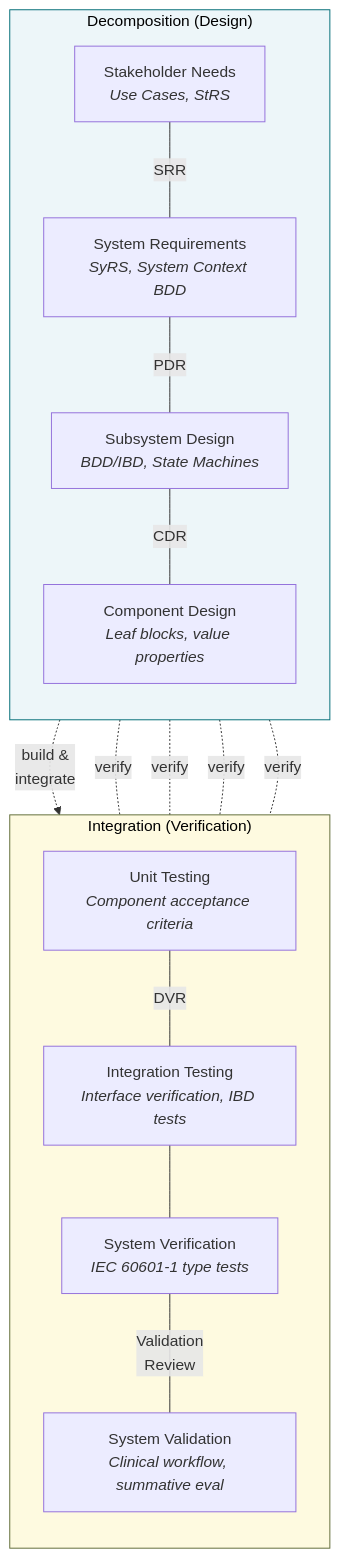
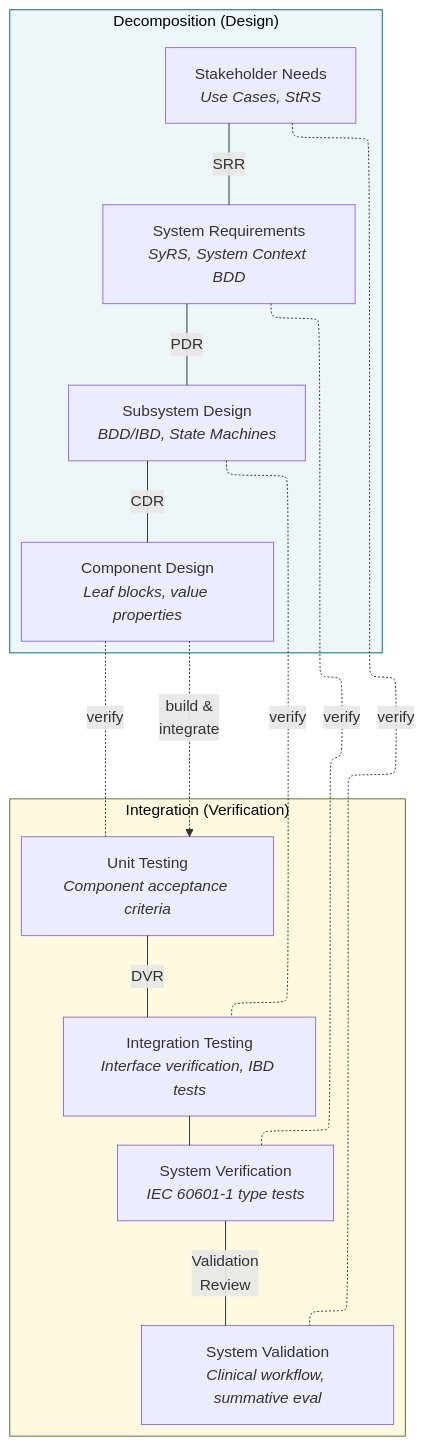
Before and after one commit to llaallii/cuddly-barnacle: the ninth of 12 diagrams in 00 master outline mbse framework.md, drawn with Mermaid. The commit also changed other lines of this file, not shown here.

First line of the commit message:
Refactor mermaid diagrams for clarity and layout

````diff
--- a/00 master outline mbse framework.md
+++ b/00 master outline mbse framework.md
@@ -561,34 +557,35 @@
 ```mermaid
-graph TD
-    subgraph LEFT["Decomposition (Design)"]
-        direction TB
-        L1["Stakeholder Needs<br/><i>Use Cases, StRS</i>"]
-        L2["System Requirements<br/><i>SyRS, System Context BDD</i>"]
-        L3["Subsystem Design<br/><i>BDD/IBD, State Machines</i>"]
-        L4["Component Design<br/><i>Leaf blocks, value properties</i>"]
-    end
-
-    subgraph RIGHT["Integration (Verification)"]
-        direction TB
-        R1["System Validation<br/><i>Clinical workflow, summative eval</i>"]
-        R2["System Verification<br/><i>IEC 60601-1 type tests</i>"]
-        R3["Integration Testing<br/><i>Interface verification, IBD tests</i>"]
-        R4["Unit Testing<br/><i>Component acceptance criteria</i>"]
-    end
-
-    L1 ---|"SRR"| L2
-    L2 ---|"PDR"| L3
-    L3 ---|"CDR"| L4
-    L4 -.->|"build &<br/>integrate"| R4
-    R4 ---|"DVR"| R3
+---
+config:
+  layout: elk
+---
+flowchart TB
+ subgraph LEFT["Decomposition (Design)"]
+    direction TB
+        L1["Stakeholder Needs<br><i>Use Cases, StRS</i>"]
+        L2["System Requirements<br><i>SyRS, System Context BDD</i>"]
+        L3["Subsystem Design<br><i>BDD/IBD, State Machines</i>"]
+        L4["Component Design<br><i>Leaf blocks, value properties</i>"]
+  end
+ subgraph RIGHT["Integration (Verification)"]
+    direction TB
+        R1["System Validation<br><i>Clinical workflow, summative eval</i>"]
+        R2["System Verification<br><i>IEC 60601-1 type tests</i>"]
+        R3["Integration Testing<br><i>Interface verification, IBD tests</i>"]
+        R4["Unit Testing<br><i>Component acceptance criteria</i>"]
+  end
+    L1 -- SRR --- L2
+    L2 -- PDR --- L3
+    L3 -- CDR --- L4
+    L4 -. build &amp;<br>integrate .-> R4
+    R4 -- DVR --- R3
     R3 --- R2
-    R2 ---|"Validation<br/>Review"| R1
-
-    L1 -.-|"verify"| R1
-    L2 -.-|"verify"| R2
-    L3 -.-|"verify"| R3
-    L4 -.-|"verify"| R4
+    R2 -- Validation<br>Review --- R1
+    L1 -. verify .- R1
+    L2 -. verify .- R2
+    L3 -. verify .- R3
+    L4 -. verify .- R4
 
     style LEFT fill:#edf6f9,stroke:#006d77,color:#000
     style RIGHT fill:#fefae0,stroke:#606c38,color:#000
 ```
````
